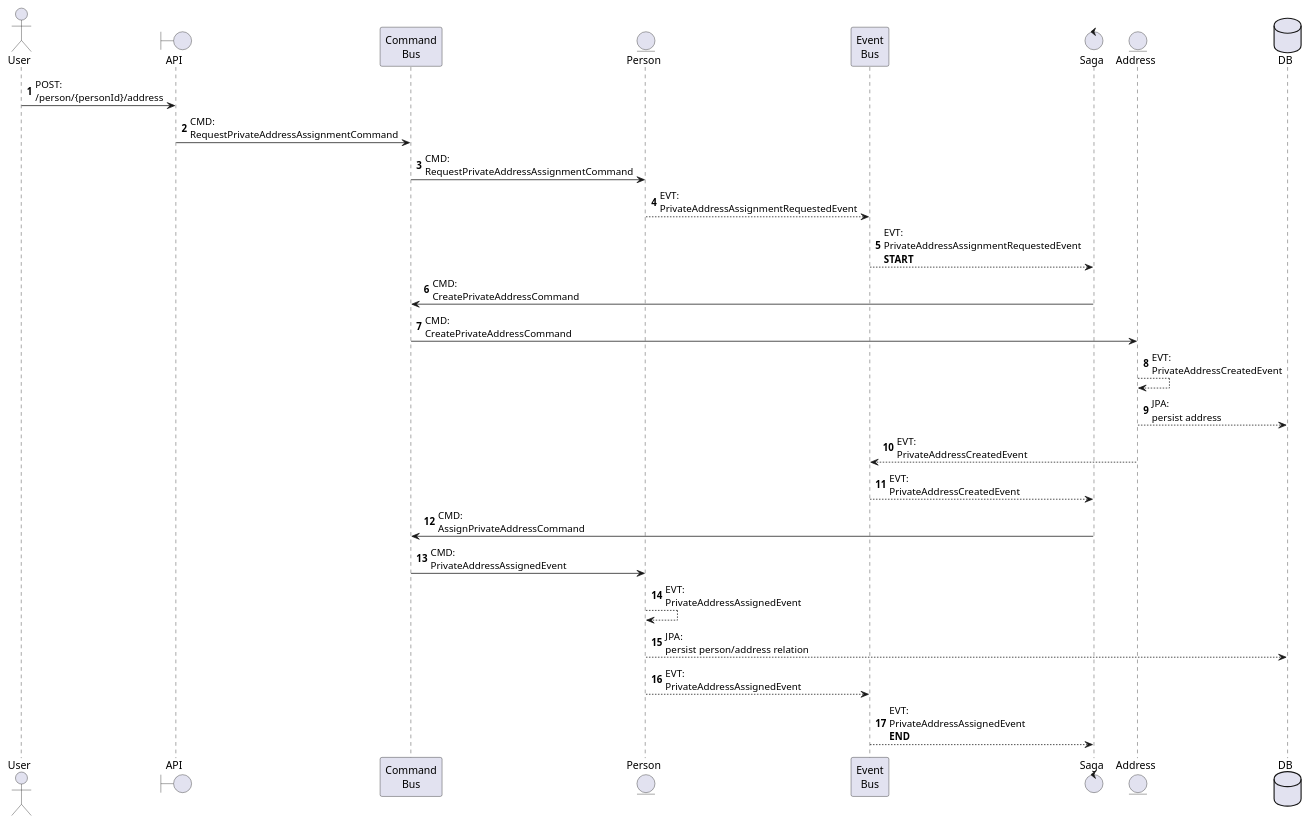
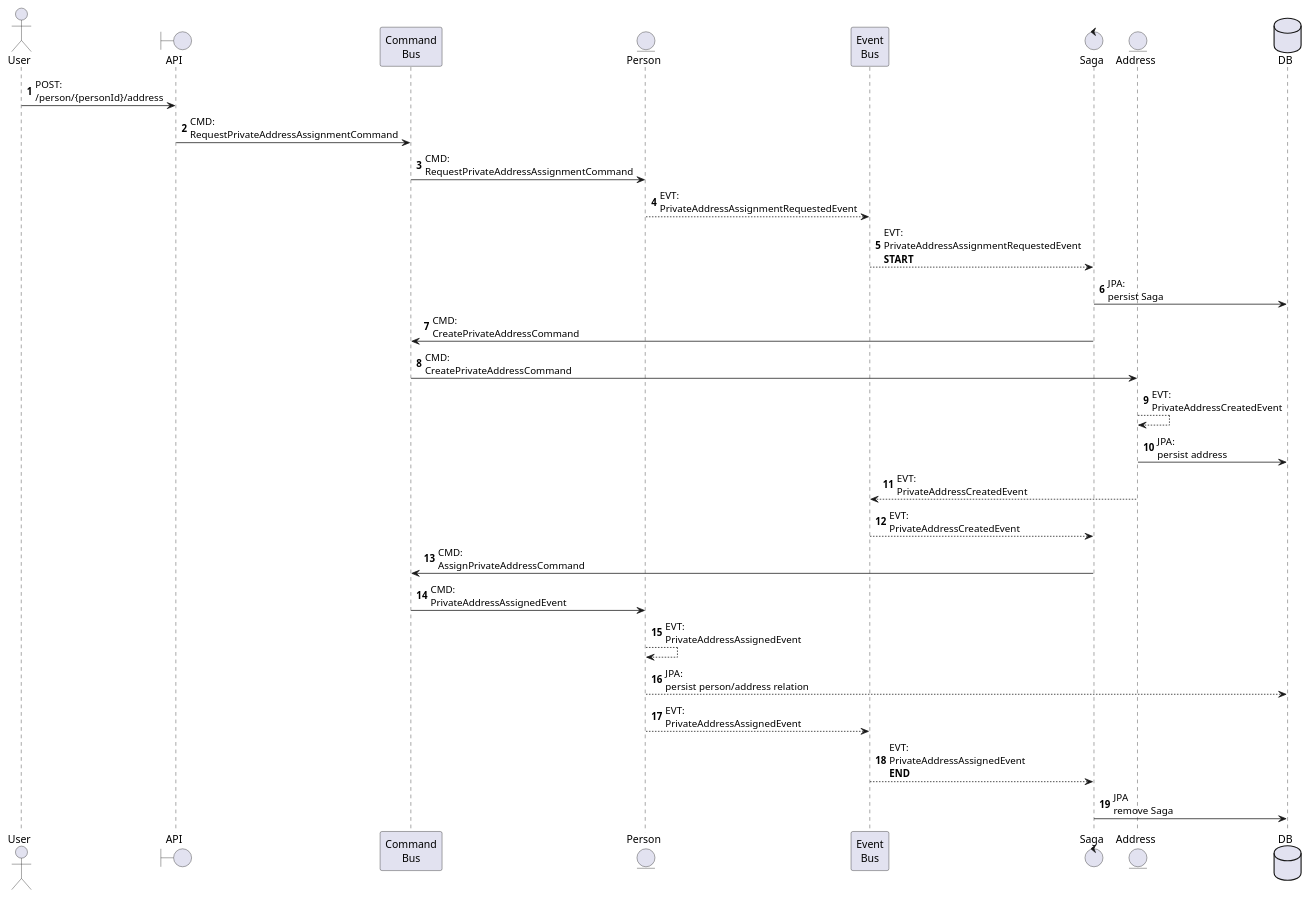
Before and after one commit to gushakov/axon-multi: the diagram in address-saga.puml, drawn with PlantUML. The commit also changed 1 other file, not shown here.

```diff
--- a/address-saga.puml
+++ b/address-saga.puml
@@ -1,31 +1,33 @@
 @startuml
 
 actor "User" as U
 boundary "API" as I
 participant "Command\nBus" as C
 entity "Person" as P
 participant "Event\nBus" as E
 control "Saga" as S
 entity "Address" as A
 database "DB" as D
 
 autonumber
 
 U -> I: POST:\n/person/{personId}/address
 I -> C: CMD:\nRequestPrivateAddressAssignmentCommand
 C -> P: CMD:\nRequestPrivateAddressAssignmentCommand
 P --> E: EVT:\nPrivateAddressAssignmentRequestedEvent
 E --> S: EVT:\nPrivateAddressAssignmentRequestedEvent\n<b>START</b>
+S -> D: JPA:\npersist Saga
 S -> C: CMD:\nCreatePrivateAddressCommand
 C -> A: CMD:\nCreatePrivateAddressCommand
 A --> A: EVT:\nPrivateAddressCreatedEvent
-A --> D: JPA:\npersist address
+A -> D: JPA:\npersist address
 A --> E: EVT:\nPrivateAddressCreatedEvent
 E --> S: EVT:\nPrivateAddressCreatedEvent
 S -> C: CMD:\nAssignPrivateAddressCommand
 C -> P: CMD:\nPrivateAddressAssignedEvent
 P --> P: EVT:\nPrivateAddressAssignedEvent
 P --> D: JPA:\npersist person/address relation
 P --> E: EVT:\nPrivateAddressAssignedEvent
 E --> S: EVT:\nPrivateAddressAssignedEvent\n<b>END</b>
+S -> D: JPA\nremove Saga
 @enduml
```
